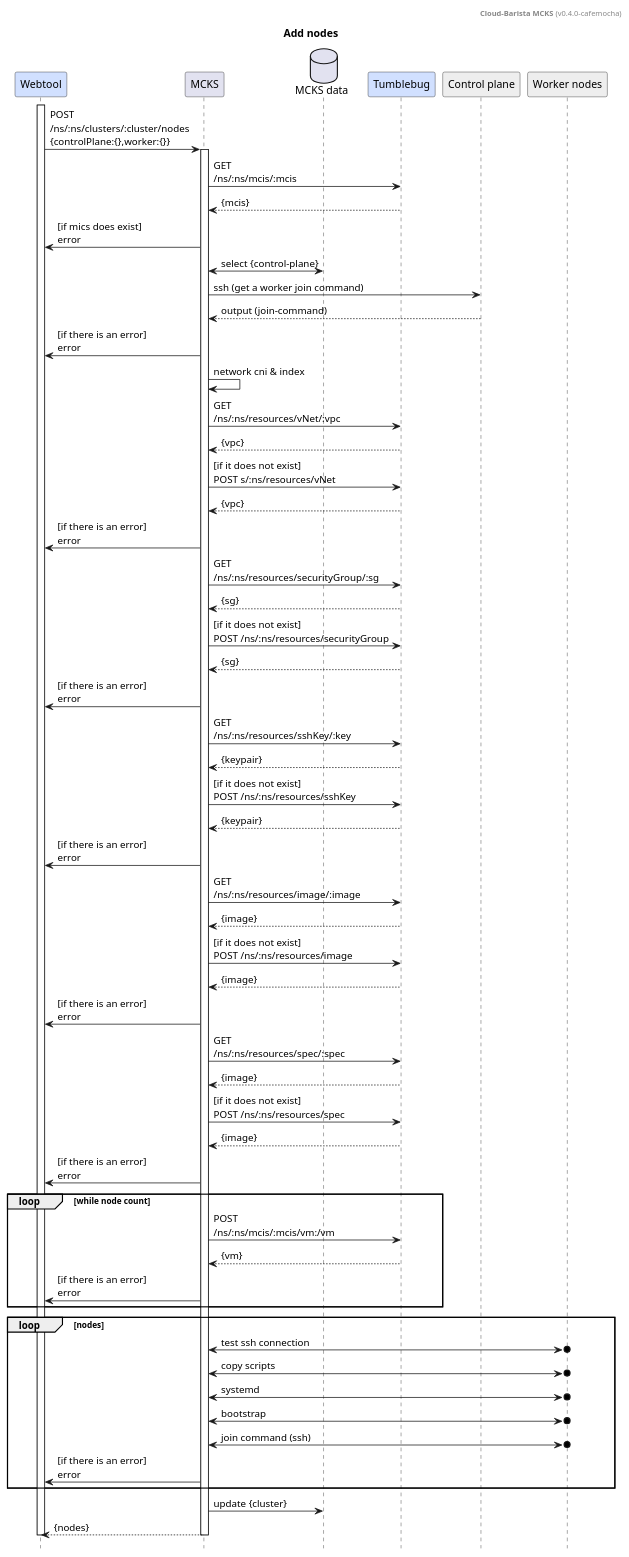
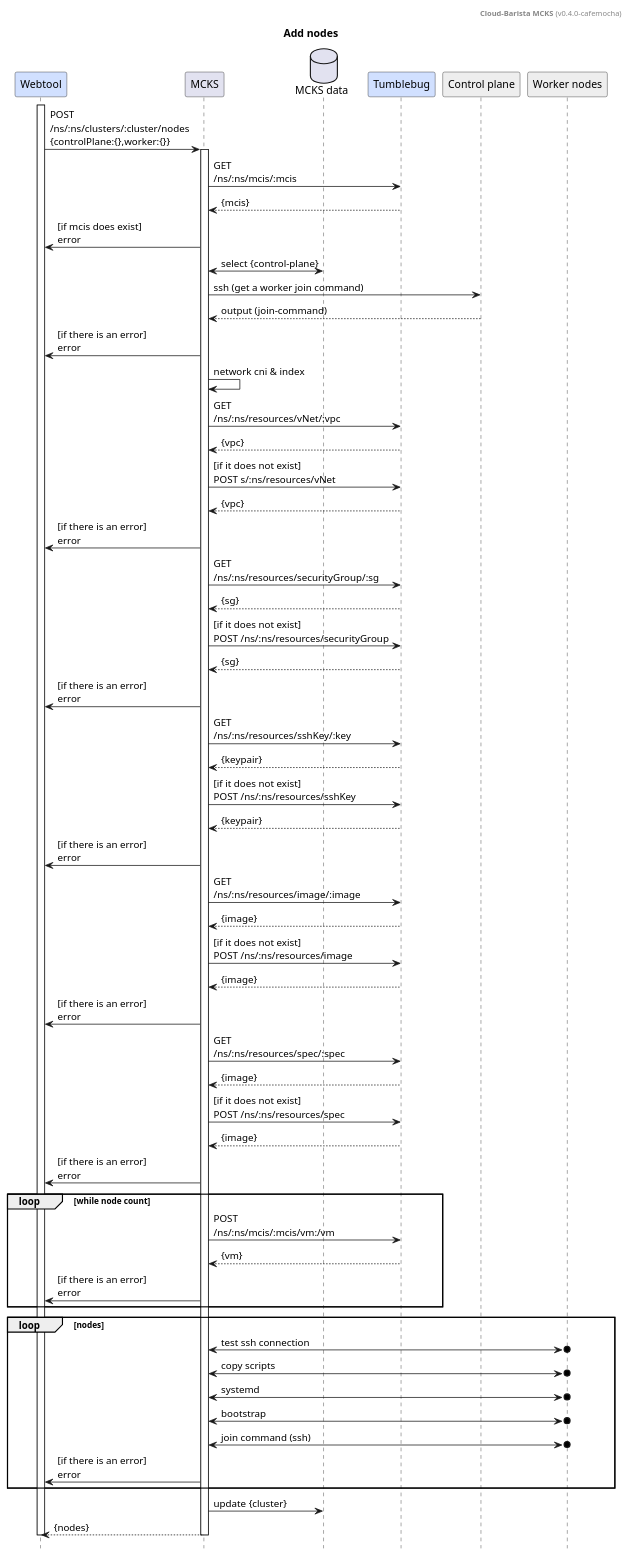
The diagram in docs/design/nodes-add.puml (cloud-barista/cb-ladybug), drawn with PlantUML before and after one commit. The commit also changed 4 other files, not shown here.

```diff
--- a/docs/design/nodes-add.puml
+++ b/docs/design/nodes-add.puml
@@ -1,91 +1,91 @@
 @startuml
 
 header **Cloud-Barista MCKS** (v0.4.0-cafemocha)
 title Add nodes
 hide footbox
 
 participant	"Webtool"		as webtool		#d1e0ff
 participant	"MCKS"		as provider
 database	"MCKS data"	as db
 participant	"Tumblebug"		as tumblebug	#d1e0ff
 participant	"Control plane"	as mNodes		#eeeeee
 participant	"Worker nodes"	as wNodes		#eeeeee
 
 
 activate webtool
 	webtool		->	provider		: POST\n/ns/:ns/clusters/:cluster/nodes \n{controlPlane:{},worker:{}}
 
 	activate provider
 
 		provider	->	tumblebug	: GET\n/ns/:ns/mcis/:mcis
 		tumblebug	-->	provider	: {mcis}
-		provider	->	webtool		: [if mics does exist]\nerror 
+		provider	->	webtool		: [if mcis does exist]\nerror 
 
 		'-- 1. join command
 		provider	<->	db			: select {control-plane}
 		provider	->		mNodes		: ssh (get a worker join command)
 		provider	<--		mNodes		: output (join-command)
 		provider	->		webtool		: [if there is an error]\nerror
 		provider	->		provider	: network cni & index
 
 		'-- 2.1. vpc
 		provider	->	tumblebug	: GET\n/ns/:ns/resources/vNet/:vpc
 		tumblebug	-->	provider	: {vpc}
 		provider	->	tumblebug	: [if it does not exist]\nPOST s/:ns/resources/vNet
 		tumblebug	-->	provider	: {vpc}
 		provider	->	webtool		: [if there is an error]\nerror
 
 		'-- 2.2. sg(fw)
 		provider	->	tumblebug	: GET\n/ns/:ns/resources/securityGroup/:sg
 		tumblebug	-->	provider	: {sg}
 		provider	->	tumblebug	: [if it does not exist]\nPOST /ns/:ns/resources/securityGroup
 		tumblebug	-->	provider	: {sg}
 		provider	->	webtool		: [if there is an error]\nerror
 
 		'-- 2.3. ssh
 		provider	->	tumblebug	: GET\n/ns/:ns/resources/sshKey/:key
 		tumblebug	-->	provider	: {keypair}
 		provider	->	tumblebug	: [if it does not exist]\nPOST /ns/:ns/resources/sshKey
 		tumblebug	-->	provider	: {keypair}
 		provider	->	webtool		: [if there is an error]\nerror
 		
 		'-- 2.4. image
 		provider	->	tumblebug	: GET\n/ns/:ns/resources/image/:image
 		tumblebug	-->	provider	: {image}
 		provider	->	tumblebug 	: [if it does not exist]\nPOST /ns/:ns/resources/image
 		tumblebug	-->	provider	: {image}
 		provider	->	webtool		: [if there is an error]\nerror
 
 		'-- 2.5. spec
 		provider	->	tumblebug	: GET\n/ns/:ns/resources/spec/:spec
 		tumblebug	-->	provider	: {image}
 		provider	->	tumblebug 	: [if it does not exist]\nPOST /ns/:ns/resources/spec
 		tumblebug	-->	provider	: {image}
 		provider	->	webtool		: [if there is an error]\nerror
 
 		'-- 2.6. mcis
 		
 		loop while node count
 			provider	->	tumblebug	: POST\n/ns/:ns/mcis/:mcis/vm:/vm
 			tumblebug	-->	provider 	: {vm}
 			provider	->	webtool		: [if there is an error]\nerror
 		end
 	
 		'-- 3. boostrap & provisioning
 		loop nodes
 			provider	<->o	wNodes		: test ssh connection
 			provider	<->o	wNodes		: copy scripts
 			provider	<->o	wNodes		: systemd
 			provider	<->o	wNodes		: bootstrap
 			provider	<->o	wNodes		: join command (ssh)
 			provider	->		webtool		: [if there is an error]\nerror
 		end
 
 		provider	->	db					: update {cluster}
 		provider	-->	webtool				: {nodes}
 
 	deactivate provider
 
 deactivate webtool
 
 @enduml
```
